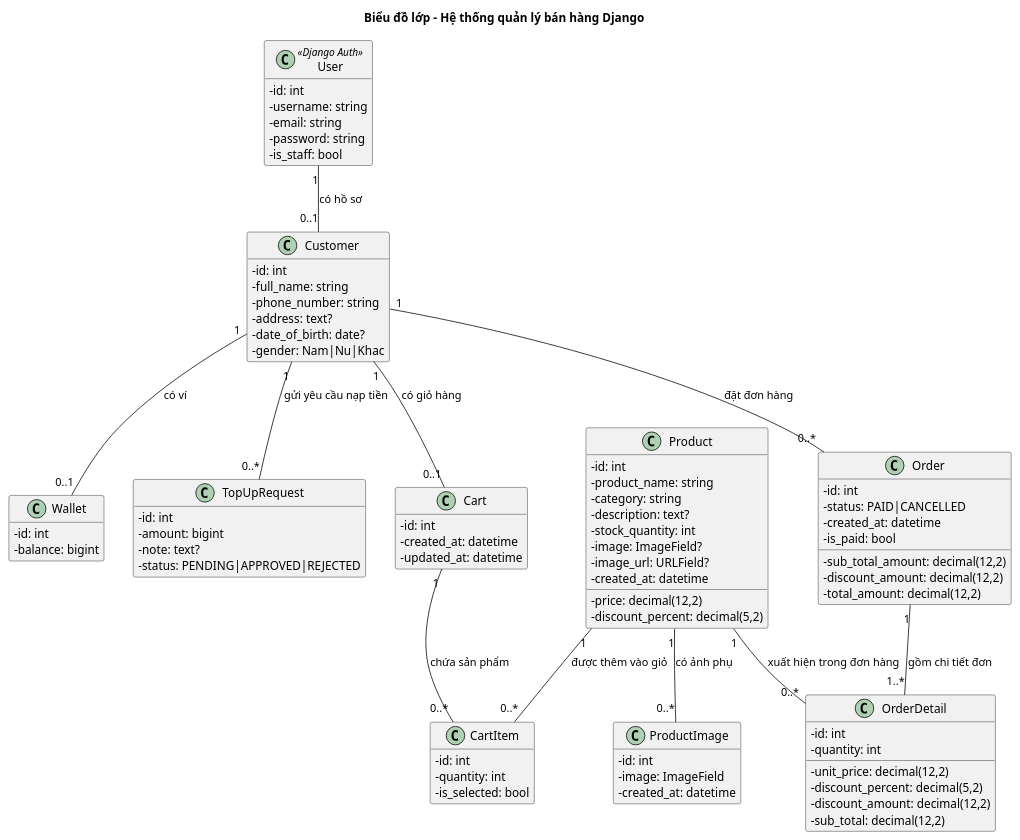
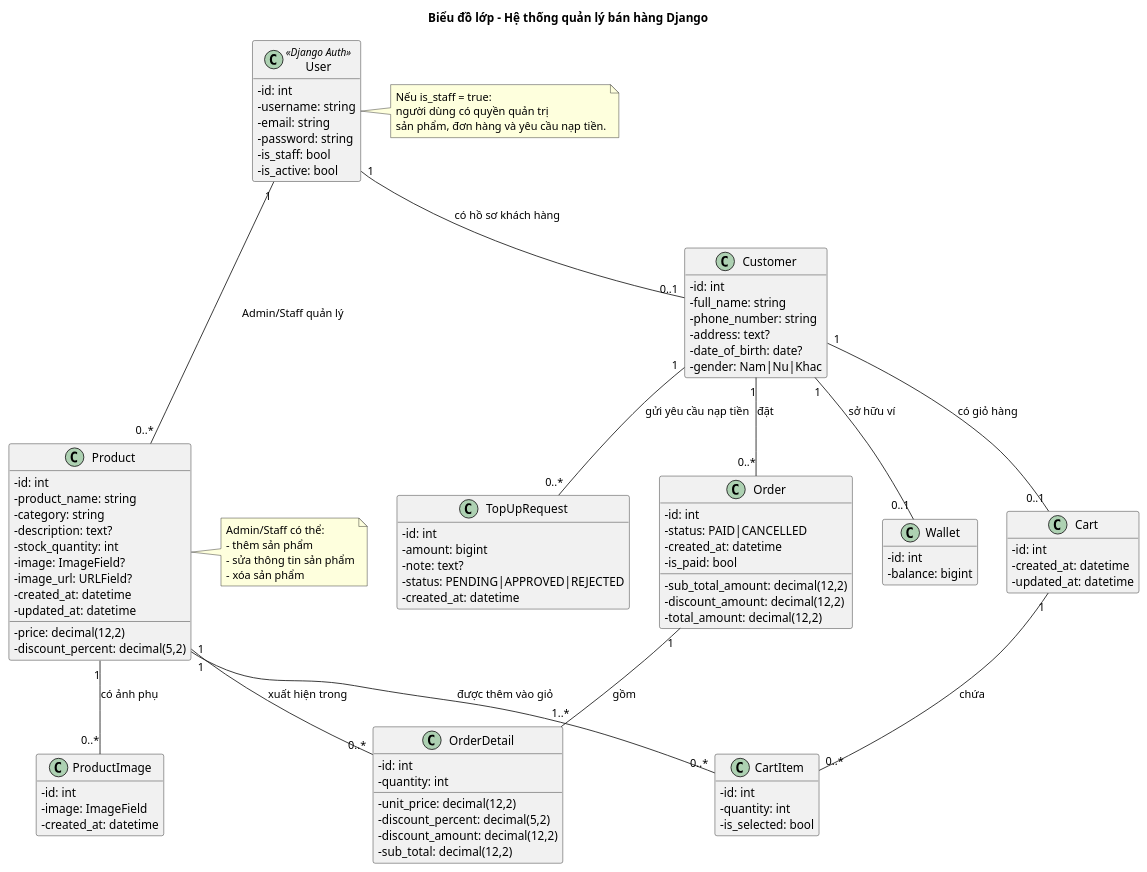
One commit to ducAnhNotEm/Quan_ly_ban_hang changed the diagram in UML/class_diagram.puml. Above: the diagram before and after it, drawn with PlantUML. The commit also changed 18 other files, not shown here.

First line of the commit message:
feat(admin): Thêm tính năng Quản lý Sản phẩm và Khách hàng cho Admin/Staff

```diff
--- a/UML/class_diagram.puml
+++ b/UML/class_diagram.puml
@@ -1,99 +1,117 @@
 @startuml
 title Biểu đồ lớp - Hệ thống quản lý bán hàng Django
 
 skinparam classAttributeIconSize 0
 hide empty members
 
 class User <<Django Auth>> {
   - id: int
   - username: string
   - email: string
   - password: string
   - is_staff: bool
+  - is_active: bool
 }
 
 class Customer {
   - id: int
   - full_name: string
   - phone_number: string
   - address: text?
   - date_of_birth: date?
   - gender: Nam|Nu|Khac
 }
 
 class Wallet {
   - id: int
   - balance: bigint
 }
 
 class TopUpRequest {
   - id: int
   - amount: bigint
   - note: text?
   - status: PENDING|APPROVED|REJECTED
+  - created_at: datetime
 }
 
 class Product {
   - id: int
   - product_name: string
   - category: string
   - description: text?
   - price: decimal(12,2)
   - discount_percent: decimal(5,2)
   - stock_quantity: int
   - image: ImageField?
   - image_url: URLField?
   - created_at: datetime
+  - updated_at: datetime
 }
 
 class ProductImage {
   - id: int
   - image: ImageField
   - created_at: datetime
 }
 
 class Cart {
   - id: int
   - created_at: datetime
   - updated_at: datetime
 }
 
 class CartItem {
   - id: int
   - quantity: int
   - is_selected: bool
 }
 
 class Order {
   - id: int
   - sub_total_amount: decimal(12,2)
   - discount_amount: decimal(12,2)
   - total_amount: decimal(12,2)
   - status: PAID|CANCELLED
   - created_at: datetime
   - is_paid: bool
 }
 
 class OrderDetail {
   - id: int
   - quantity: int
   - unit_price: decimal(12,2)
   - discount_percent: decimal(5,2)
   - discount_amount: decimal(12,2)
   - sub_total: decimal(12,2)
 }
 
-User "1" -- "0..1" Customer : có hồ sơ
-Customer "1" -- "0..1" Wallet : có ví
+User "1" -- "0..1" Customer : có hồ sơ khách hàng
+Customer "1" -- "0..1" Wallet : sở hữu ví
 Customer "1" -- "0..*" TopUpRequest : gửi yêu cầu nạp tiền
 Customer "1" -- "0..1" Cart : có giỏ hàng
 
-Cart "1" -- "0..*" CartItem : chứa sản phẩm
+Cart "1" -- "0..*" CartItem : chứa
 Product "1" -- "0..*" CartItem : được thêm vào giỏ
 
-Customer "1" -- "0..*" Order : đặt đơn hàng
-Order "1" -- "1..*" OrderDetail : gồm chi tiết đơn
-Product "1" -- "0..*" OrderDetail : xuất hiện trong đơn hàng
+Customer "1" -- "0..*" Order : đặt
+Order "1" -- "1..*" OrderDetail : gồm
+Product "1" -- "0..*" OrderDetail : xuất hiện trong
 
 Product "1" -- "0..*" ProductImage : có ảnh phụ
+
+User "1" -- "0..*" Product : Admin/Staff quản lý
+
+note right of User
+  Nếu is_staff = true:
+  người dùng có quyền quản trị
+  sản phẩm, đơn hàng và yêu cầu nạp tiền.
+end note
+
+note right of Product
+  Admin/Staff có thể:
+  - thêm sản phẩm
+  - sửa thông tin sản phẩm
+  - xóa sản phẩm
+end note
 @enduml
```
